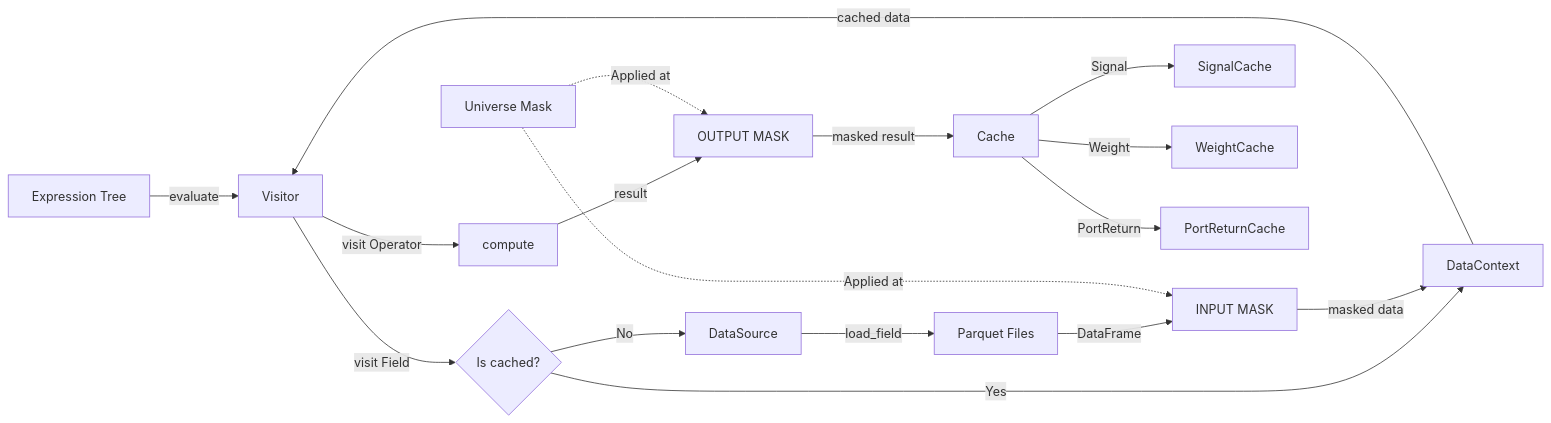
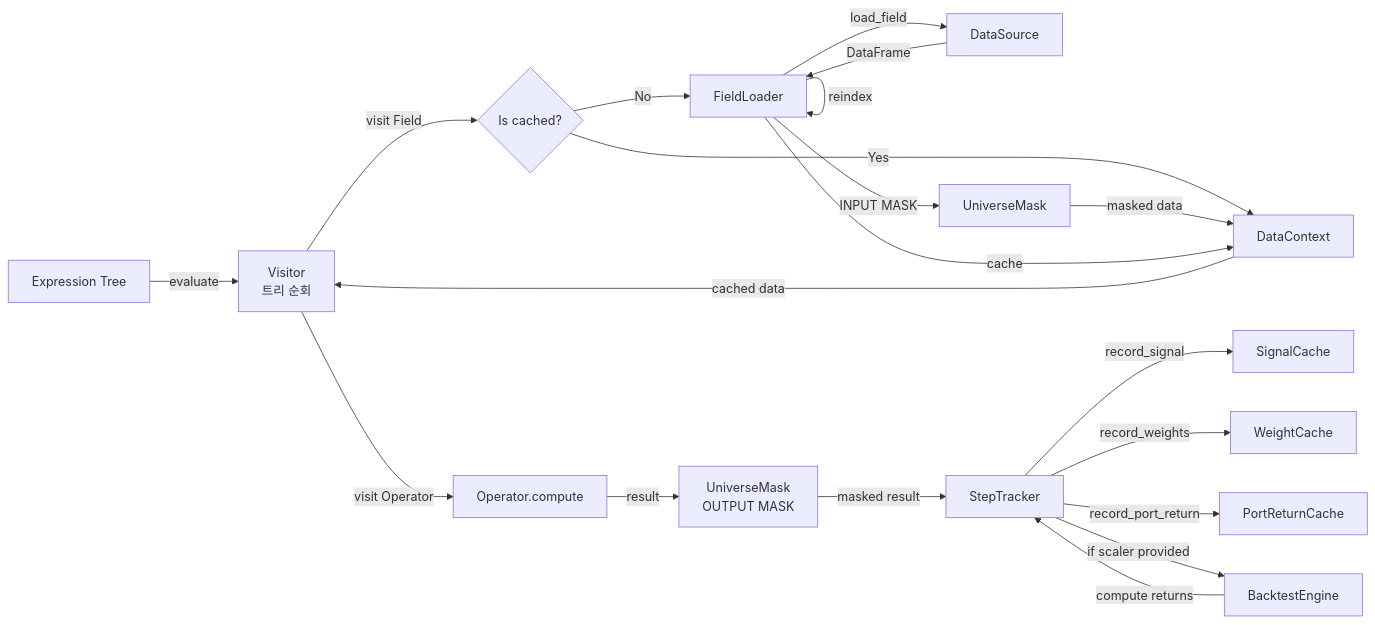
Before and after one commit to jaepil-choi/alpha-excel: the second of 4 diagrams in docs/vibe_coding/alpha-excel/ae-architecture.md, drawn with Mermaid. The commit also changed other lines of this file and 1 other file, not shown here.

First line of the commit message:
docs: update architecture and implementation docs for SRP refactoring

````diff
--- a/docs/vibe_coding/alpha-excel/ae-architecture.md
+++ b/docs/vibe_coding/alpha-excel/ae-architecture.md
@@ -69,22 +92,28 @@
 ```mermaid
 flowchart LR
-    A[Expression Tree] -->|evaluate| B[Visitor]
+    A[Expression Tree] -->|evaluate| B[Visitor<br/>트리 순회]
+
     B -->|visit Field| C{Is cached?}
-    C -->|No| D[DataSource]
+    C -->|No| FL[FieldLoader]
     C -->|Yes| E[DataContext]
-    D -->|load_field| F[Parquet Files]
-    F -->|DataFrame| G[INPUT MASK]
-    G -->|masked data| E
+
+    FL -->|load_field| DS[DataSource]
+    DS -->|DataFrame| FL
+    FL -->|apply transform| FL
+    FL -->|reindex| FL
+    FL -->|INPUT MASK| UM1[UniverseMask]
+    UM1 -->|masked data| E
+    FL -->|cache| E
     E -->|cached data| B
 
-    B -->|visit Operator| H[compute]
-    H -->|result| I[OUTPUT MASK]
-    I -->|masked result| J[Cache]
+    B -->|visit Operator| H[Operator.compute]
+    H -->|result| UM2[UniverseMask<br/>OUTPUT MASK]
+    UM2 -->|masked result| ST[StepTracker]
 
-    J -->|Signal| SignalCache
-    J -->|Weight| WeightCache
-    J -->|PortReturn| PortReturnCache
+    ST -->|record_signal| SignalCache
+    ST -->|record_weights| WeightCache
+    ST -->|record_port_return| PortReturnCache
 
-    K[Universe Mask] -.->|Applied at| G
-    K -.->|Applied at| I
+    ST -->|if scaler provided| BE[BacktestEngine]
+    BE -->|compute returns| ST
 ```
````
